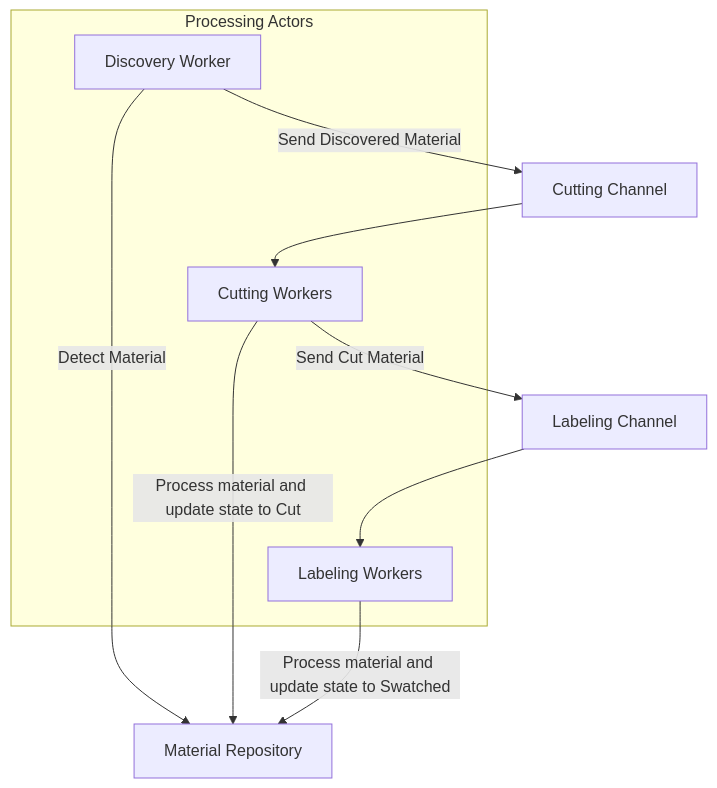
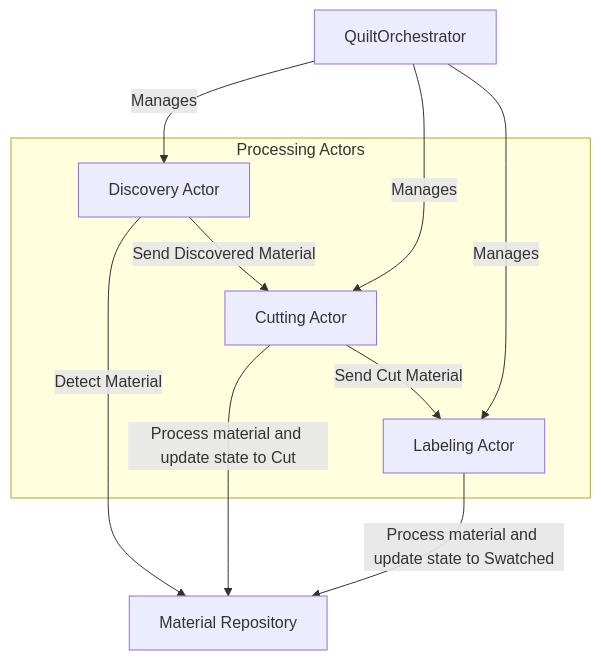
Before and after one commit to pandallel/quilt: the first of 3 diagrams in memory-bank/systemPatterns.md, drawn with Mermaid. The commit also changed other lines of this file and 15 other files, not shown here.

````diff
--- a/memory-bank/systemPatterns.md
+++ b/memory-bank/systemPatterns.md
@@ -7,18 +7,22 @@
 ```mermaid
 graph TB
+    QO[QuiltOrchestrator]
+
     subgraph "Processing Actors"
-        DW[Discovery Worker]
-        CW[Cutting Workers]
-        LW[Labeling Workers]
+        DA[Discovery Actor]
+        CA[Cutting Actor]
+        LA[Labeling Actor]
     end
 
     Repo[Material Repository]
 
-    DW -->|Detect Material| Repo
-    DW -->|Send Discovered Material| CC[Cutting Channel]
-    CC --> CW
-    CW -->|Process material and update state to Cut| Repo
-    CW -->|Send Cut Material| LC[Labeling Channel]
-    LC --> LW
-    LW -->|Process material and update state to Swatched| Repo
+    QO -->|Manages| DA
+    QO -->|Manages| CA
+    QO -->|Manages| LA
+
+    DA -->|Detect Material| Repo
+    DA -->|Send Discovered Material| CA
+    CA -->|Process material and update state to Cut| Repo
+    CA -->|Send Cut Material| LA
+    LA -->|Process material and update state to Swatched| Repo
 ```
````
